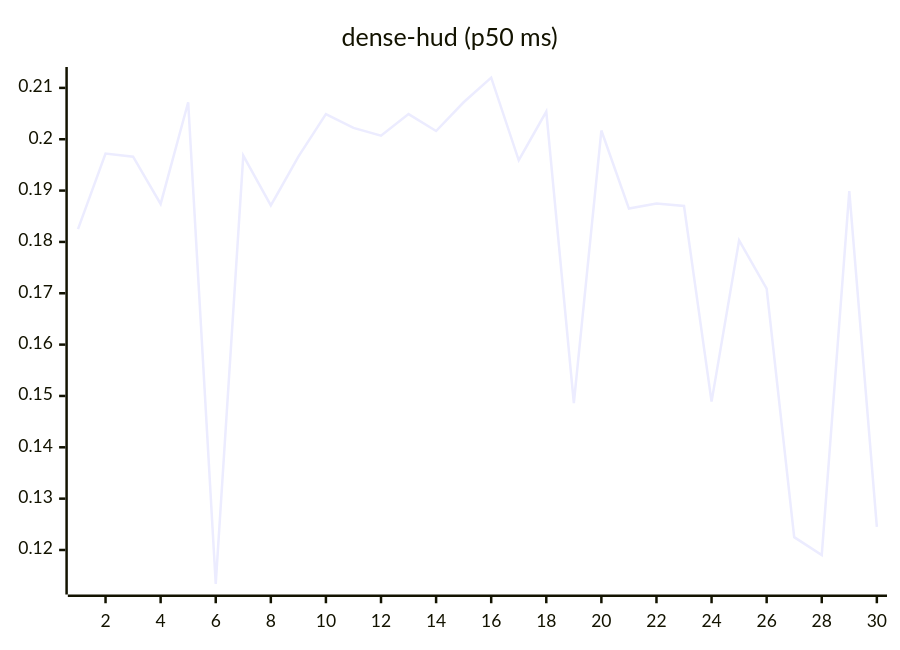
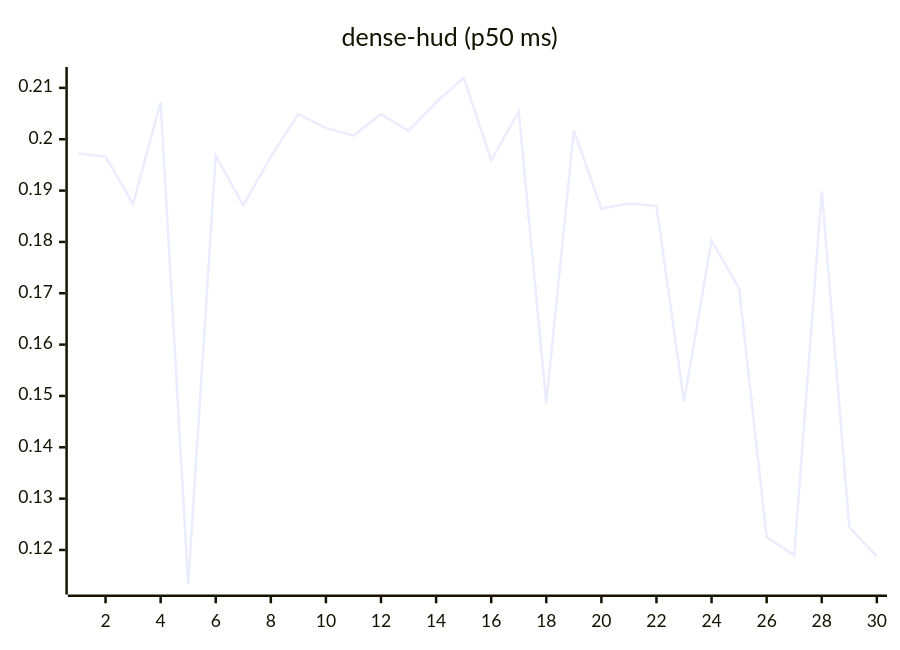
One commit to josha/Facet changed the eighth of 27 diagrams in README.md. Above: the diagram before and after it, drawn with Mermaid. The commit also changed other lines of this file and 2 other files, not shown here.

````diff
--- a/README.md
+++ b/README.md
@@ -112,6 +112,6 @@
 ```mermaid
 xychart-beta
     title "dense-hud (p50 ms)"
     x-axis 1 --> 30
-    line [0.1825, 0.1972, 0.1966, 0.1874, 0.2072, 0.1134, 0.1968, 0.1871, 0.1966, 0.2049, 0.2022, 0.2007, 0.2049, 0.2016, 0.2072, 0.2120, 0.1959, 0.2054, 0.1486, 0.2017, 0.1865, 0.1875, 0.1870, 0.1489, 0.1803, 0.1709, 0.1225, 0.1190, 0.1899, 0.1245]
+    line [0.1972, 0.1966, 0.1874, 0.2072, 0.1134, 0.1968, 0.1871, 0.1966, 0.2049, 0.2022, 0.2007, 0.2049, 0.2016, 0.2072, 0.2120, 0.1959, 0.2054, 0.1486, 0.2017, 0.1865, 0.1875, 0.1870, 0.1489, 0.1803, 0.1709, 0.1225, 0.1190, 0.1899, 0.1245, 0.1187]
 ```
````
